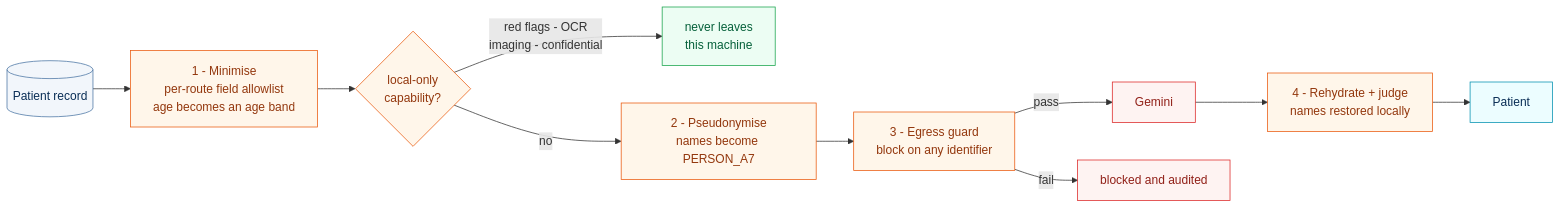
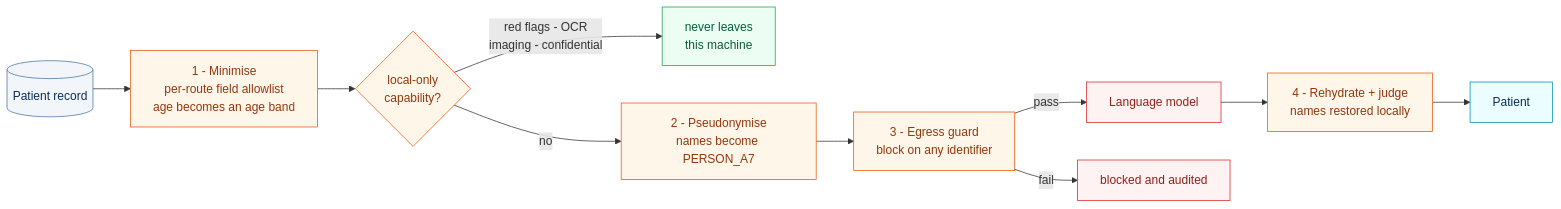
The fourth of 5 diagrams in README.md (Pasidu-Mihiranga/SuwaPath), drawn with Mermaid before and after one commit. The commit also changed other lines of this file and 1 other file, not shown here.

Commit message:
docs: cross-platform setup, mermaid diagrams, provider and privacy sections

````diff
--- a/README.md
+++ b/README.md
@@ -273,19 +347,19 @@
 ```mermaid
 flowchart LR
     DB[("Patient record")]:::store --> MIN["1 - Minimise<br/>per-route field allowlist<br/>age becomes an age band"]:::guard
     MIN --> LOCAL{"local-only<br/>capability?"}:::guard
     LOCAL -->|"red flags - OCR<br/>imaging - confidential"| NEVER["never leaves<br/>this machine"]:::det
     LOCAL -->|no| PSE["2 - Pseudonymise<br/>names become PERSON_A7"]:::guard
     PSE --> EG["3 - Egress guard<br/>block on any identifier"]:::guard
-    EG -->|pass| LLM["Gemini"]:::ext
+    EG -->|pass| LLM["Language model"]:::ext
     EG -->|fail| BLOCK["blocked and audited"]:::stop
     LLM --> RE["4 - Rehydrate + judge<br/>names restored locally"]:::guard
     RE --> USER["Patient"]:::role
 
     classDef store fill:#f2f6fb,stroke:#4a75a3,color:#0a2e56
     classDef guard fill:#fff6ea,stroke:#ea580c,color:#93370d
     classDef det fill:#ecfdf3,stroke:#16a34a,color:#05603a
     classDef ext fill:#fef3f2,stroke:#dc2626,color:#912018
     classDef stop fill:#fef3f2,stroke:#dc2626,color:#912018
     classDef role fill:#ecfdff,stroke:#0090b0,color:#0a2e56
 ```
````
